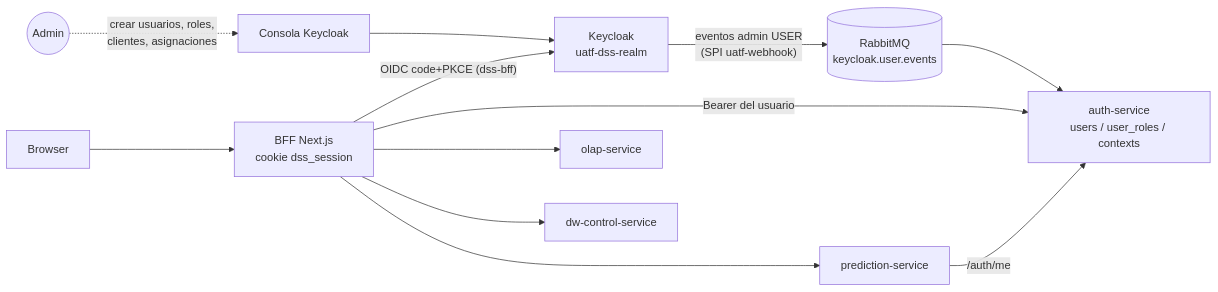
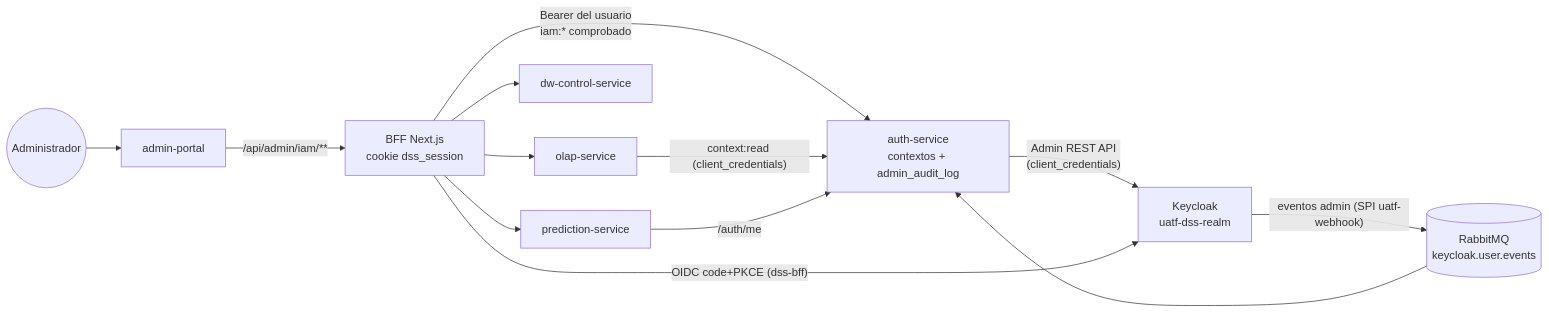
Before and after one commit to KEVIN-117/dss-system-architecture: the diagram in docs/auth/rbac-current-state.md, drawn with Mermaid. The commit also changed other lines of this file and 109 other files, not shown here.

Commit message:
feat(iam): Documentación y limpieza del modelo IAM

````diff
--- a/docs/auth/rbac-current-state.md
+++ b/docs/auth/rbac-current-state.md
@@ -13,12 +14,13 @@
 ```mermaid
 flowchart LR
-  KC[Keycloak<br/>uatf-dss-realm] -- "eventos admin USER<br/>(SPI uatf-webhook)" --> MQ[(RabbitMQ<br/>keycloak.user.events)]
-  MQ --> AS[auth-service<br/>users / user_roles / contexts]
-  Browser --> BFF[BFF Next.js<br/>cookie dss_session]
+  Admin((Administrador)) --> AP[admin-portal]
+  AP -- "/api/admin/iam/**" --> BFF[BFF Next.js<br/>cookie dss_session]
+  BFF -- "Bearer del usuario<br/>iam:* comprobado" --> AS[auth-service<br/>contextos + admin_audit_log]
+  AS -- "Admin REST API<br/>(client_credentials)" --> KC[Keycloak<br/>uatf-dss-realm]
+  KC -- "eventos admin (SPI uatf-webhook)" --> MQ[(RabbitMQ<br/>keycloak.user.events)]
+  MQ --> AS
   BFF -- "OIDC code+PKCE (dss-bff)" --> KC
-  BFF -- "Bearer del usuario" --> AS
   BFF --> OLAP[olap-service] & DW[dw-control-service] & PRED[prediction-service]
+  OLAP -- "context:read (client_credentials)" --> AS
   PRED -- "/auth/me" --> AS
-  Admin((Admin)) -. "crear usuarios, roles,<br/>clientes, asignaciones" .-> KCC[Consola Keycloak]
-  KCC --> KC
 ```
````
